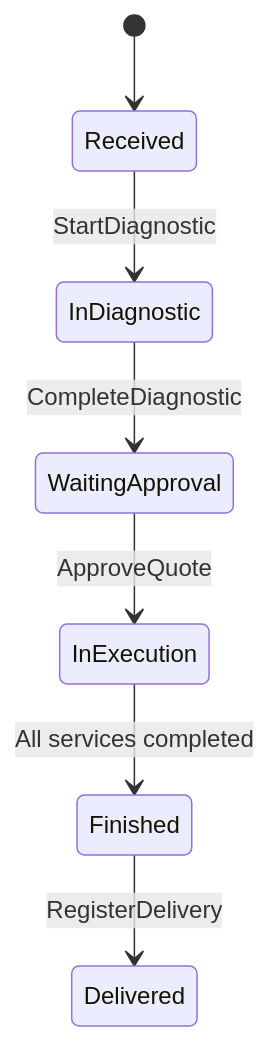
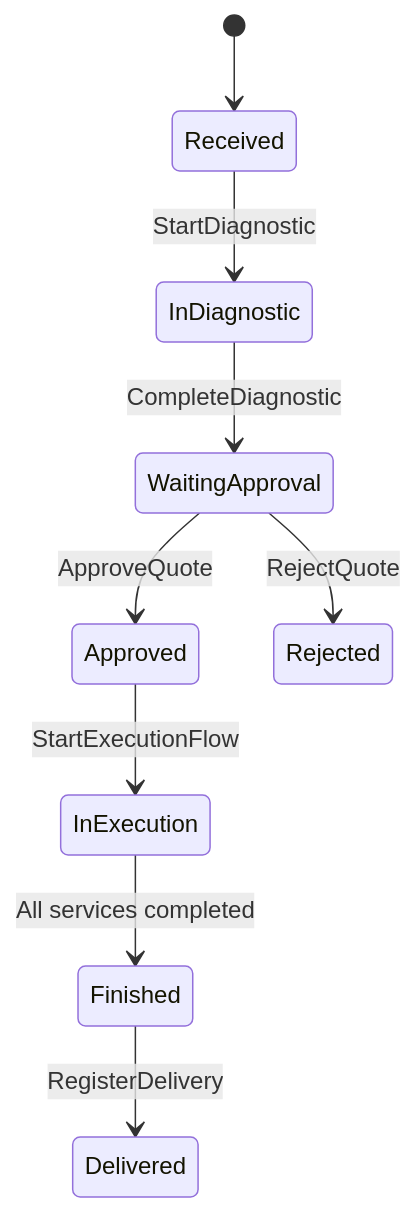
Before and after one commit to marcossilvajnr/GarageFlow: the second of 6 diagrams in docs/domain/bounded-contexts.md, drawn with Mermaid. The commit also changed 22 other files, not shown here.

````diff
--- a/docs/domain/bounded-contexts.md
+++ b/docs/domain/bounded-contexts.md
@@ -152,9 +152,11 @@
 ```mermaid
 stateDiagram-v2
     [*] --> Received
     Received --> InDiagnostic : StartDiagnostic
     InDiagnostic --> WaitingApproval : CompleteDiagnostic
-    WaitingApproval --> InExecution : ApproveQuote
+    WaitingApproval --> Approved : ApproveQuote
+    WaitingApproval --> Rejected : RejectQuote
+    Approved --> InExecution : StartExecutionFlow
     InExecution --> Finished : All services completed
     Finished --> Delivered : RegisterDelivery
 ```
````
